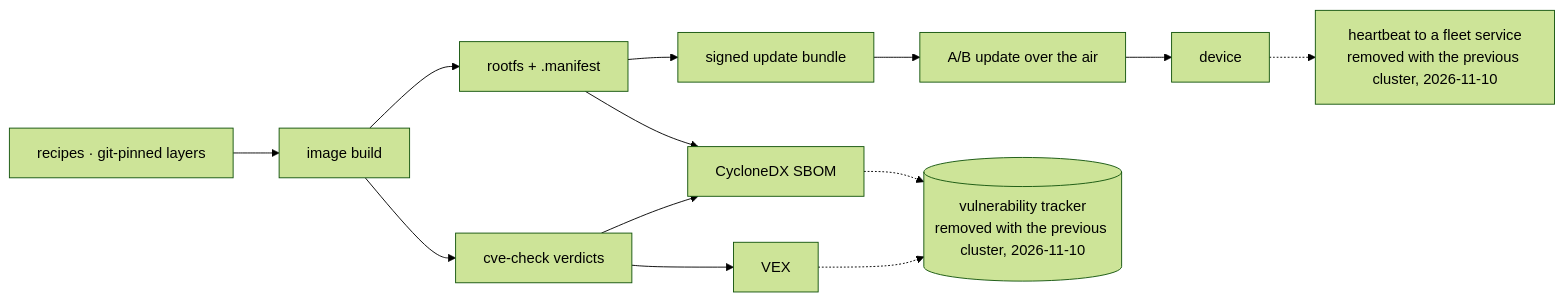
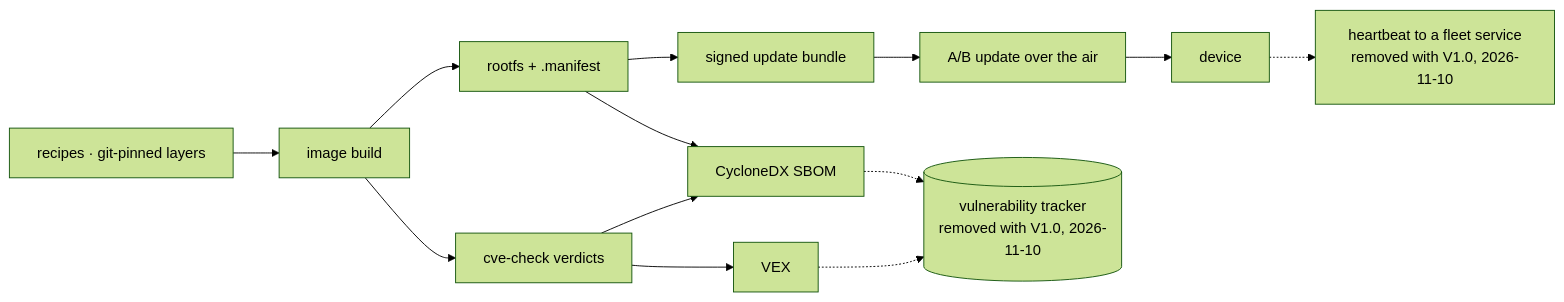
Before and after one commit to schultzzznet/schultzzznet: the diagram in docs/yocto.md, drawn with Mermaid (forest theme). The commit also changed other lines of this file and 26 other files, not shown here.

````diff
--- a/docs/yocto.md
+++ b/docs/yocto.md
@@ -89,15 +89,15 @@
 ```mermaid
 flowchart LR
   R["recipes · git-pinned layers"] --> BLD["image build"]
   BLD --> IMG["rootfs + .manifest"]
   BLD --> CC["cve-check verdicts"]
   IMG --> BUNDLE["signed update bundle"]
   BUNDLE --> OTA["A/B update over the air"]
   OTA --> DEV["device"]
-  DEV -.-> HB["heartbeat to a fleet service<br/>removed with the previous cluster, 2026-11-10"]
+  DEV -.-> HB["heartbeat to a fleet service<br/>removed with V1.0, 2026-11-10"]
   IMG --> SBOM["CycloneDX SBOM"]
   CC --> SBOM
   CC --> VEX["VEX"]
-  SBOM -.-> DT[("vulnerability tracker<br/>removed with the previous cluster, 2026-11-10")]
+  SBOM -.-> DT[("vulnerability tracker<br/>removed with V1.0, 2026-11-10")]
   VEX -.-> DT
 ```
````
